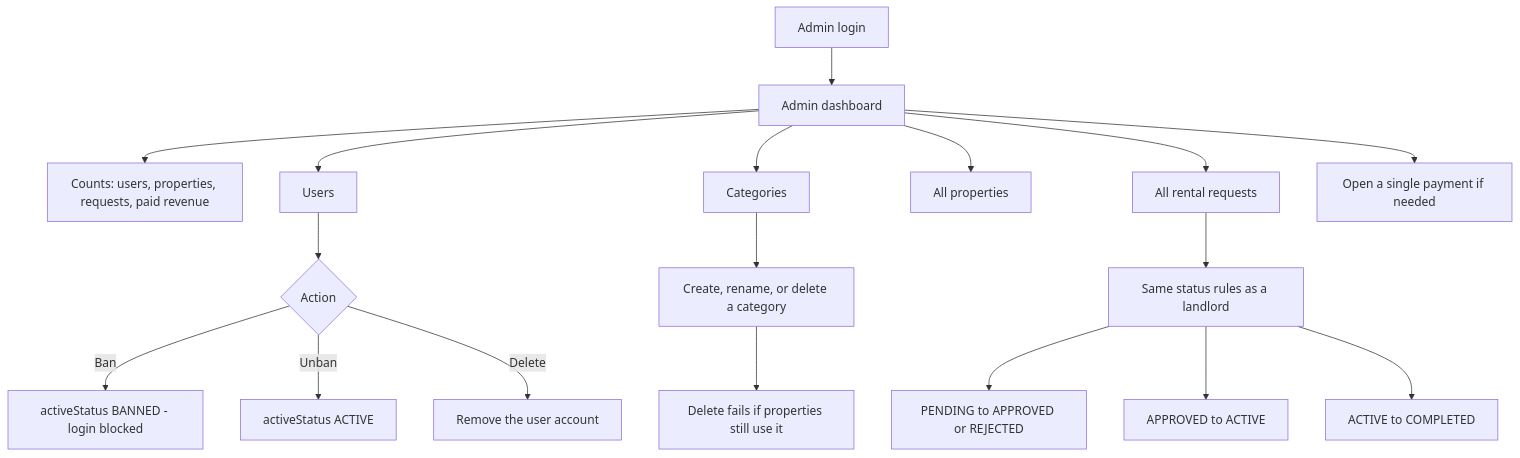
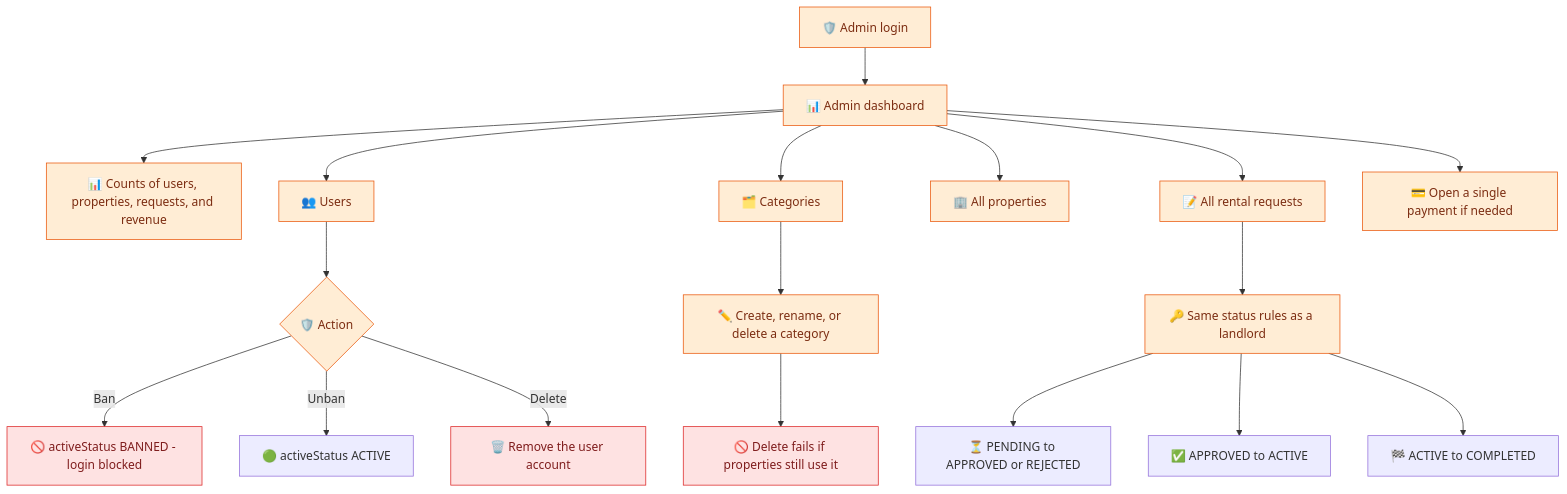
Before and after one commit to kaziashik/rentnest_frontend-: the eighth of 12 diagrams in RentNest-full-workflow.md, drawn with Mermaid. The commit also changed other lines of this file, not shown here.

````diff
--- a/RentNest-full-workflow.md
+++ b/RentNest-full-workflow.md
@@ -231,20 +295,25 @@
 ```mermaid
 flowchart TD
-    A[Admin login] --> B[Admin dashboard]
-    B --> C["Counts: users, properties, requests, paid revenue"]
-    B --> D[Users]
-    D --> E{Action}
-    E -- Ban --> F["activeStatus BANNED - login blocked"]
-    E -- Unban --> G[activeStatus ACTIVE]
-    E -- Delete --> H[Remove the user account]
-    B --> I[Categories]
-    I --> J[Create, rename, or delete a category]
-    J --> K[Delete fails if properties still use it]
-    B --> L[All properties]
-    B --> M[All rental requests]
-    M --> N[Same status rules as a landlord]
-    N --> O[PENDING to APPROVED or REJECTED]
-    N --> P[APPROVED to ACTIVE]
-    N --> Q[ACTIVE to COMPLETED]
-    B --> R[Open a single payment if needed]
+    A["🛡️ Admin login"] --> B["📊 Admin dashboard"]
+    B --> C["📊 Counts of users, properties, requests, and revenue"]
+    B --> D["👥 Users"]
+    D --> E{"🛡️ Action"}
+    E -- Ban --> F["🚫 activeStatus BANNED - login blocked"]
+    E -- Unban --> G["🟢 activeStatus ACTIVE"]
+    E -- Delete --> H["🗑️ Remove the user account"]
+    B --> I["🗂️ Categories"]
+    I --> J["✏️ Create, rename, or delete a category"]
+    J --> K["🚫 Delete fails if properties still use it"]
+    B --> L["🏢 All properties"]
+    B --> M["📝 All rental requests"]
+    M --> N["🔑 Same status rules as a landlord"]
+    N --> O["⏳ PENDING to APPROVED or REJECTED"]
+    N --> P["✅ APPROVED to ACTIVE"]
+    N --> Q["🏁 ACTIVE to COMPLETED"]
+    B --> R["💳 Open a single payment if needed"]
+
+    classDef admin fill:#ffedd5,stroke:#ea580c,color:#7c2d12
+    classDef blocked fill:#fee2e2,stroke:#dc2626,color:#7f1d1d
+    class A,B,C,D,E,I,J,L,M,N,R admin
+    class F,H,K blocked
 ```
````
